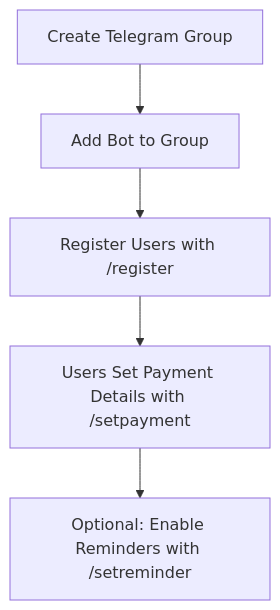
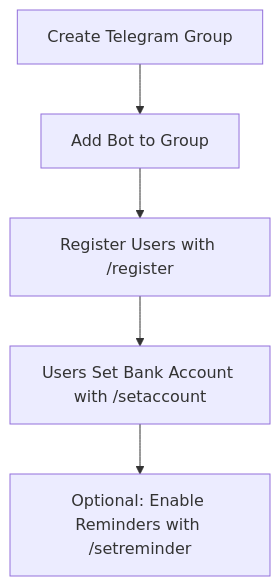
One commit to yashau/RasWise-Redux changed the diagram in README.md. Above: the diagram before and after it, drawn with Mermaid. The commit also changed other lines of this file and 12 other files, not shown here.

First line of the commit message:
Refactor: Complete terminology overhaul from payment/markpaid to account/pay

````diff
--- a/README.md
+++ b/README.md
@@ -33,7 +33,7 @@
 ```mermaid
 graph TD
     A[Create Telegram Group] --> B[Add Bot to Group]
     B --> C[Register Users with /register]
-    C --> D[Users Set Payment Details with /setpayment]
+    C --> D[Users Set Bank Account with /setaccount]
     D --> E[Optional: Enable Reminders with /setreminder]
 ```
````
